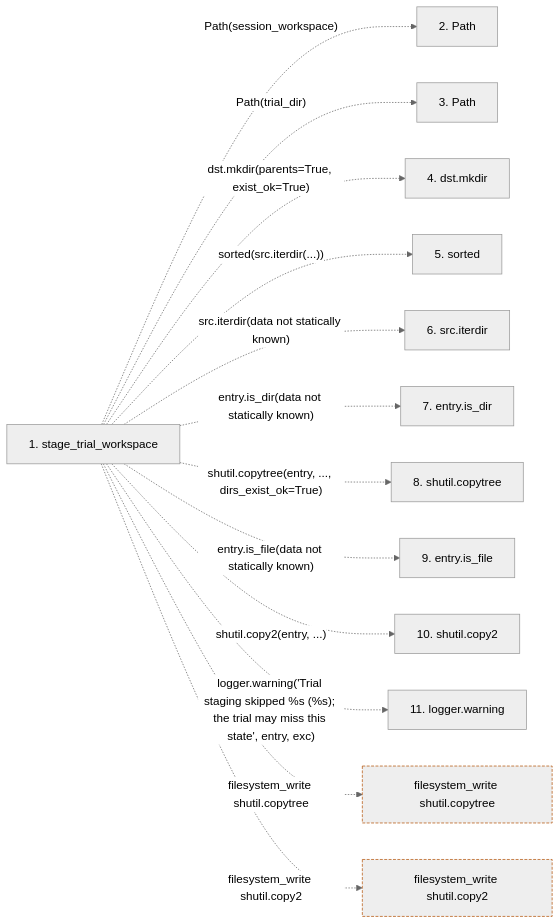
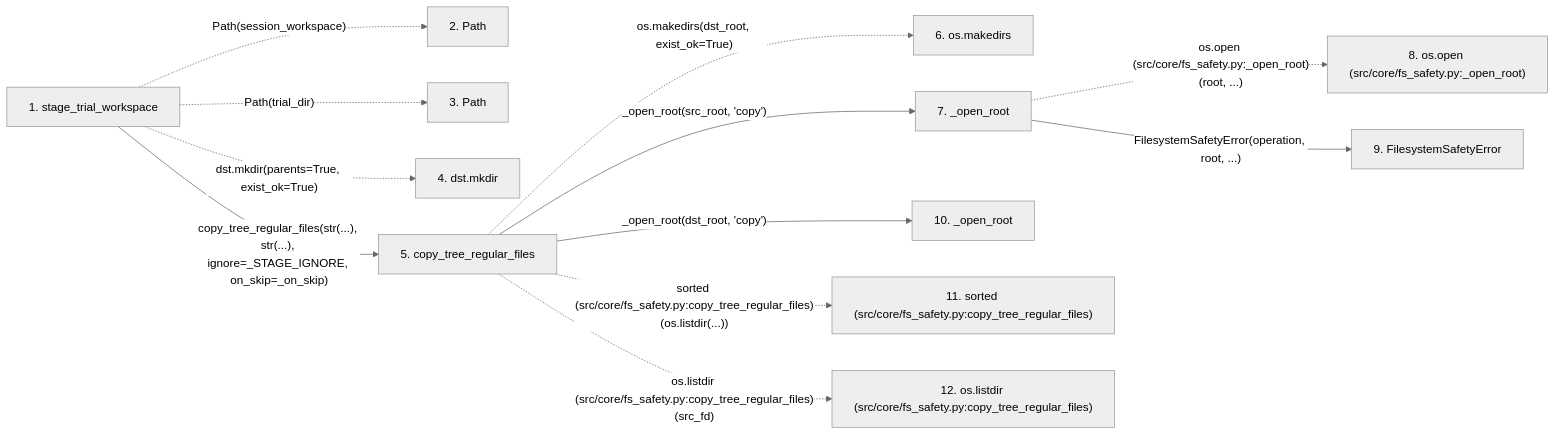
The second of 2 diagrams in docs/llm_wiki/flows/api-stage_trial_workspace.md (Denissvgn/autoresearch-agent), drawn with Mermaid (neutral theme) before and after one commit. The commit also changed other lines of this file and 34 other files, not shown here.

First line of the commit message:
docs(wiki): sync pages for the no-follow filesystem safety module

````diff
--- a/docs/llm_wiki/flows/api-stage_trial_workspace.md
+++ b/docs/llm_wiki/flows/api-stage_trial_workspace.md
@@ -44,32 +93,31 @@
 ```mermaid
 flowchart LR
     s1["1. stage_trial_workspace"]
     s2["2. Path"]
     s3["3. Path"]
     s4["4. dst.mkdir"]
-    s5["5. sorted"]
-    s6["6. src.iterdir"]
-    s7["7. entry.is_dir"]
-    s8["8. shutil.copytree"]
-    s9["9. entry.is_file"]
-    s10["10. shutil.copy2"]
-    s11["11. logger.warning"]
+    s5["5. copy_tree_regular_files"]
+    s6["6. os.makedirs"]
+    s7["7. _open_root"]
+    s8["8. os.open (src/core/fs_safety.py:_open_root)"]
+    s9["9. FilesystemSafetyError"]
+    s10["10. _open_root"]
+    s11["11. sorted (src/core/fs_safety.py:copy_tree_regular_files)"]
+    s12["12. os.listdir (src/core/fs_safety.py:copy_tree_regular_files)"]
     s1 -. "Path(session_workspace)" .-> s2
     s1 -. "Path(trial_dir)" .-> s3
     s1 -. "dst.mkdir(parents=True, exist_ok=True)" .-> s4
-    s1 -. "sorted(src.iterdir(...))" .-> s5
-    s1 -. "src.iterdir(data not statically known)" .-> s6
-    s1 -. "entry.is_dir(data not statically known)" .-> s7
-    s1 -. "shutil.copytree(entry, ..., dirs_exist_ok=True)" .-> s8
-    s1 -. "entry.is_file(data not statically known)" .-> s9
-    s1 -. "shutil.copy2(entry, ...)" .-> s10
-    s1 -. "logger.warning('Trial staging skipped %s (%s); the trial may miss this state', entry, exc)" .-> s11
-    b0["filesystem_write shutil.copytree"]
-    s1 -. "filesystem_write shutil.copytree" .-> b0
-    b1["filesystem_write shutil.copy2"]
-    s1 -. "filesystem_write shutil.copy2" .-> b1
+    s1 -->|"copy_tree_regular_files(str(...), str(...), ignore=_STAGE_IGNORE, on_skip=_on_skip)"| s5
+    s5 -. "os.makedirs(dst_root, exist_ok=True)" .-> s6
+    s5 -->|"_open_root(src_root, 'copy')"| s7
+    s7 -. "os.open (src/core/fs_safety.py:_open_root)(root, ...)" .-> s8
+    s7 -->|"FilesystemSafetyError(operation, root, ...)"| s9
+    s5 -->|"_open_root(dst_root, 'copy')"| s10
+    s5 -. "sorted (src/core/fs_safety.py:copy_tree_regular_files)(os.listdir(...))" .-> s11
+    s5 -. "os.listdir (src/core/fs_safety.py:copy_tree_regular_files)(src_fd)" .-> s12
     click s1 "../modules/trial_workspace.md"
-    classDef boundary stroke:#b45309,stroke-dasharray: 4 2
-    class b0 boundary
-    class b1 boundary
+    click s5 "../modules/fs_safety.md"
+    click s7 "../modules/fs_safety.md"
+    click s9 "../modules/fs_safety.md"
+    click s10 "../modules/fs_safety.md"
 ```
````
